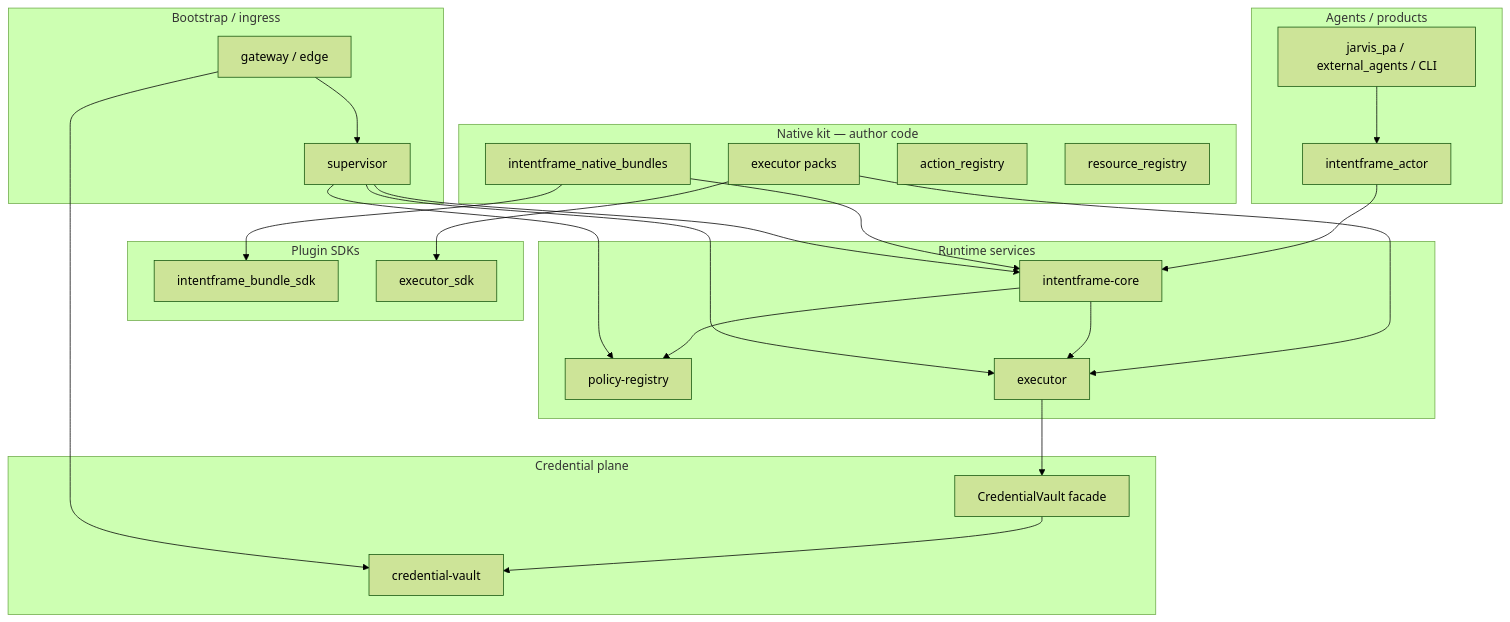
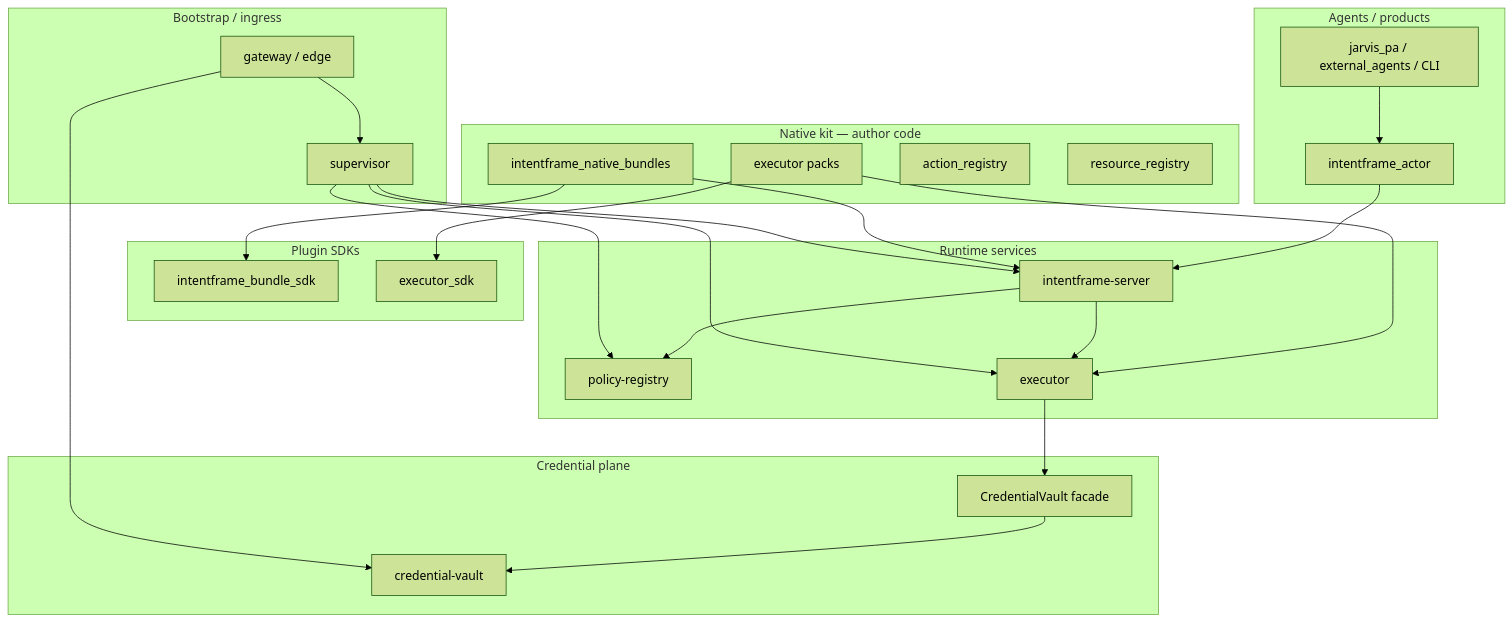
Before and after one commit to intentframe/intentframe: the diagram in docs/modules.md, drawn with Mermaid (forest theme). The commit also changed other lines of this file and 28 other files, not shown here.

````diff
--- a/docs/modules.md
+++ b/docs/modules.md
@@ -65,45 +81,45 @@
 ```mermaid
 flowchart TB
   subgraph agents ["Agents / products"]
     ACT[intentframe_actor]
     JAR[jarvis_pa / external_agents / CLI]
   end
   subgraph kit ["Native kit — author code"]
     BND[intentframe_native_bundles]
     PCK[executor packs]
     AR[action_registry]
     RR[resource_registry]
   end
   subgraph sdk ["Plugin SDKs"]
     BS[intentframe_bundle_sdk]
     ES[executor_sdk]
   end
   subgraph runtime ["Runtime services"]
     POL[policy-registry]
-    CORE[intentframe-core]
+    CORE[intentframe-server]
     EX[executor]
   end
   subgraph creds ["Credential plane"]
     VAULT[credential-vault]
     CV[CredentialVault facade]
   end
   subgraph boot ["Bootstrap / ingress"]
     SUP[supervisor]
     GW[gateway / edge]
   end
   JAR --> ACT
   ACT --> CORE
   BND --> BS
   PCK --> ES
   BND --> CORE
   PCK --> EX
   CORE --> EX
   CORE --> POL
   EX --> CV
   CV --> VAULT
   SUP --> POL
   SUP --> CORE
   SUP --> EX
   GW --> VAULT
   GW --> SUP
 ```
````
